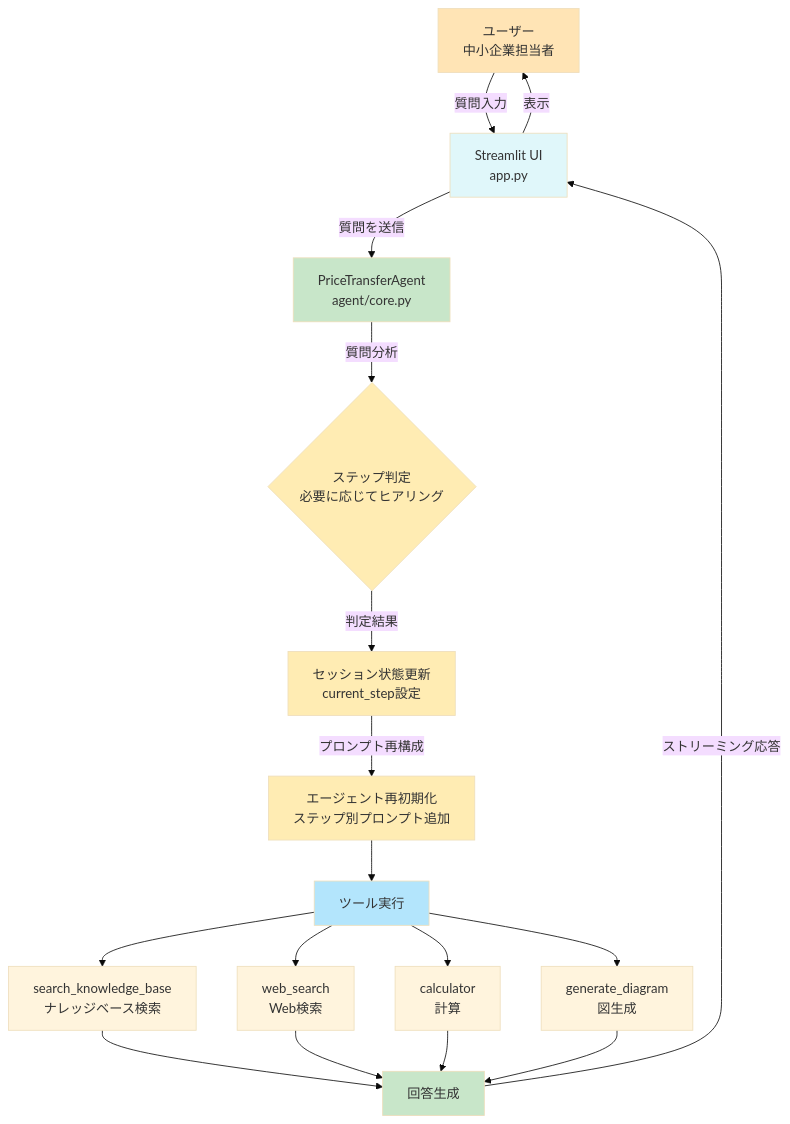
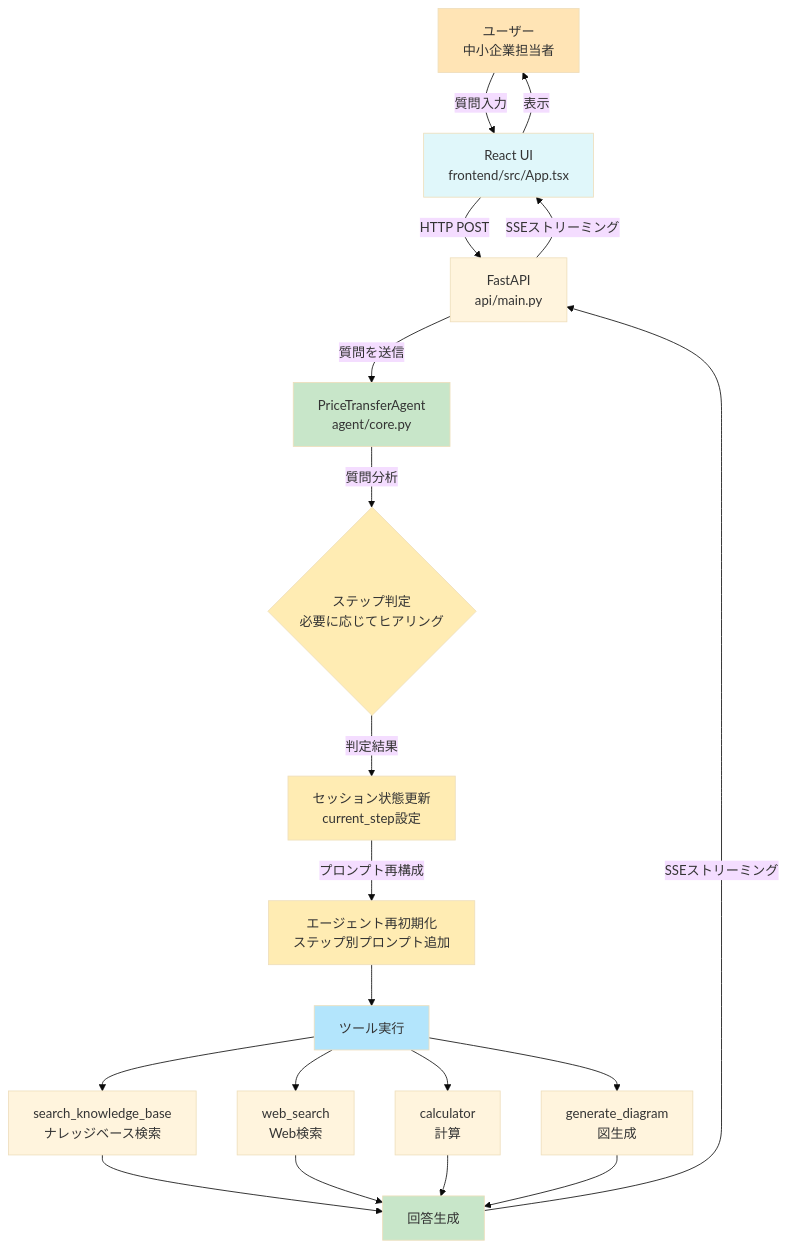
The first of 7 diagrams in docs/ARCHITECTURE.md (riku-to-koba/SME-Agency-Price-Transfer-Support-AI), drawn with Mermaid (base theme) before and after one commit. The commit also changed other lines of this file and 25 other files, not shown here.

````diff
--- a/docs/ARCHITECTURE.md
+++ b/docs/ARCHITECTURE.md
@@ -5,33 +5,35 @@
 ```mermaid
 graph TB
-    User[ユーザー<br/>中小企業担当者] -->|質問入力| UI[Streamlit UI<br/>app.py]
-    UI -->|質問を送信| Agent[PriceTransferAgent<br/>agent/core.py]
+    User[ユーザー<br/>中小企業担当者] -->|質問入力| UI[React UI<br/>frontend/src/App.tsx]
+    UI -->|HTTP POST| API[FastAPI<br/>api/main.py]
+    API -->|質問を送信| Agent[PriceTransferAgent<br/>agent/core.py]
 
     Agent -->|質問分析| Detect{ステップ判定<br/>必要に応じてヒアリング}
     Detect -->|判定結果| Update[セッション状態更新<br/>current_step設定]
     Update -->|プロンプト再構成| Reload[エージェント再初期化<br/>ステップ別プロンプト追加]
 
     Reload --> Tools[ツール実行]
 
     Tools --> KB[search_knowledge_base<br/>ナレッジベース検索]
     Tools --> Web[web_search<br/>Web検索]
     Tools --> Calc[calculator<br/>計算]
     Tools --> Diagram[generate_diagram<br/>図生成]
 
     KB --> Response[回答生成]
     Web --> Response
     Calc --> Response
     Diagram --> Response
 
-    Response -->|ストリーミング応答| UI
+    Response -->|SSEストリーミング| API
+    API -->|SSEストリーミング| UI
     UI -->|表示| User
 
     style User fill:#FFE4B5
     style UI fill:#E0F7FA
     style Agent fill:#C8E6C9
     style Detect fill:#FFECB3
     style Update fill:#FFECB3
     style Reload fill:#FFECB3
     style Tools fill:#B3E5FC
     style Response fill:#C8E6C9
 ```
````
